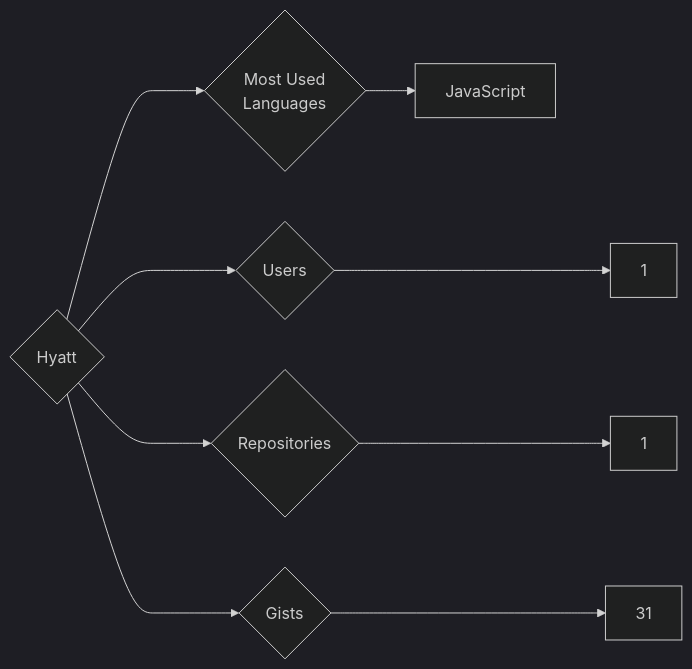
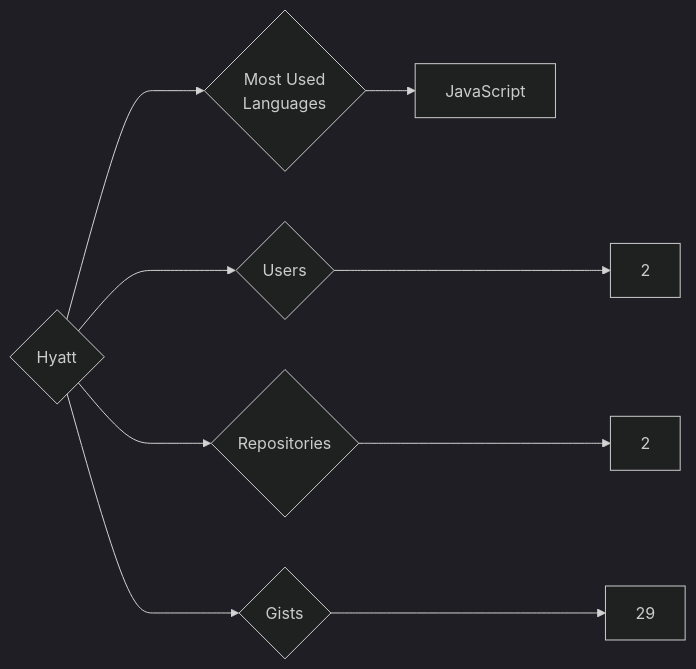
One commit to trickest/insiders changed the diagram in targets/Hyatt/README.md. Above: the diagram before and after it, drawn with Mermaid (dark theme). The commit also changed 912 other files, not shown here.

````diff
--- a/targets/Hyatt/README.md
+++ b/targets/Hyatt/README.md
@@ -3,9 +3,9 @@
 ```mermaid
 graph LR
 COMPANY_NAME{Hyatt}
-COMPANY_NAME ---> U{Users} ---> UN[1]
-COMPANY_NAME ---> R{Repositories} ---> RN[1]
-COMPANY_NAME ---> G{Gists} ---> GN[31]
+COMPANY_NAME ---> U{Users} ---> UN[2]
+COMPANY_NAME ---> R{Repositories} ---> RN[2]
+COMPANY_NAME ---> G{Gists} ---> GN[29]
 COMPANY_NAME ---> ML{Most Used<br>Languages}
 ML --> JavaScript[JavaScript]
 ```
````
